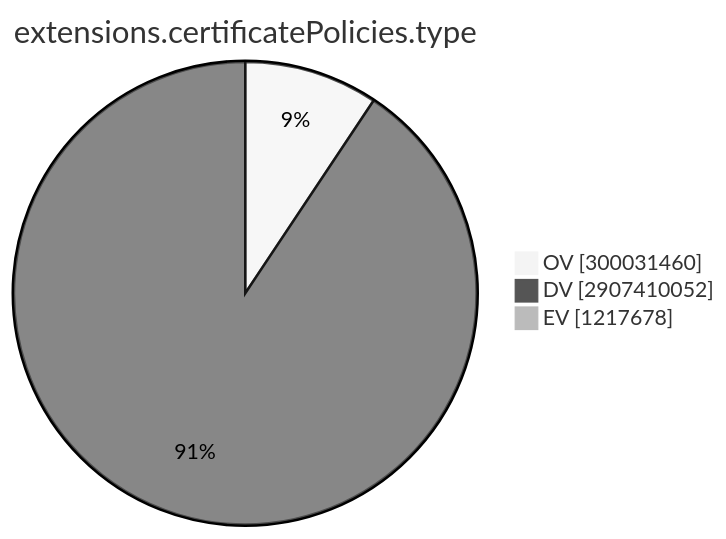
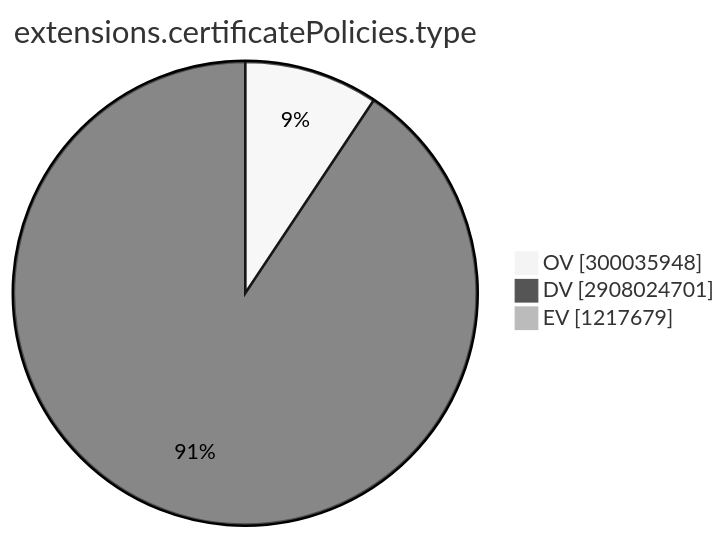
The ninth of 15 diagrams in TOTAL/README.md (christiankrug/ctmonitor_visualization), drawn with Mermaid (neutral theme) before and after one commit. The commit also changed other lines of this file, not shown here.

````diff
--- a/TOTAL/README.md
+++ b/TOTAL/README.md
@@ -3101,7 +3101,7 @@
 ```mermaid
 pie showData
 title extensions.certificatePolicies.type
-"OV" :300031460
-"DV" :2907410052
-"EV" :1217678
+"OV" :300035948
+"DV" :2908024701
+"EV" :1217679
 ```
````
